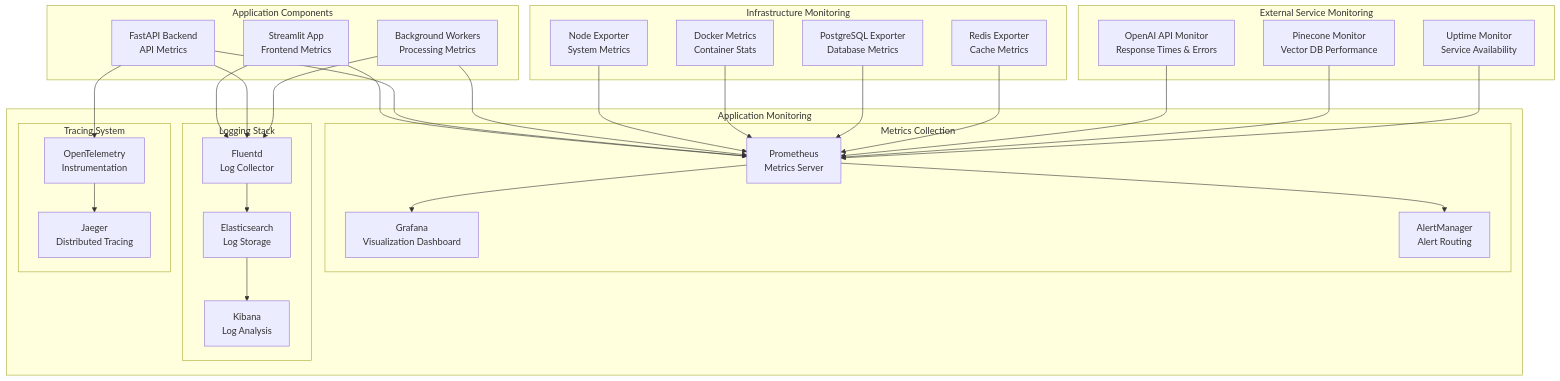
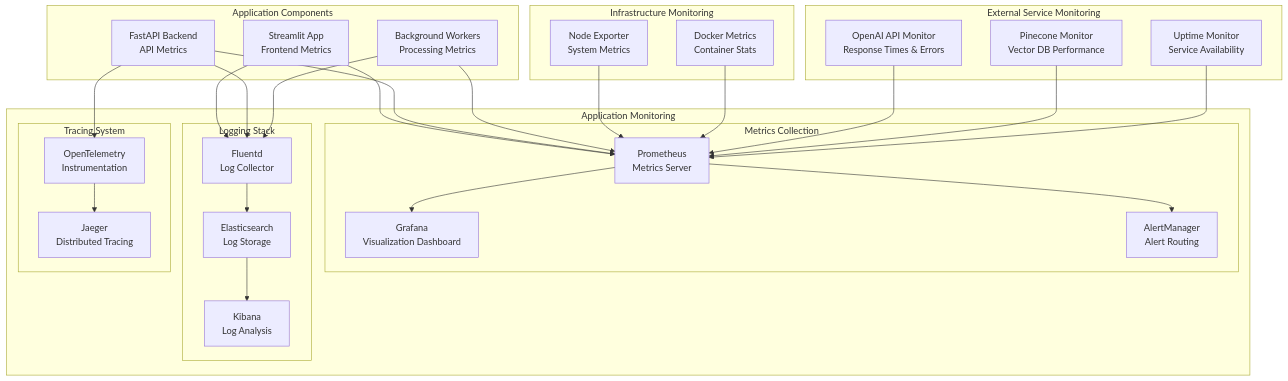
Before and after one commit to LePhuongPhuong/F1-Hackathon-CopilotTeam: diagram 15 of 15 in vietnamese_legal_chatbot/docs/system-architecture.md, drawn with Mermaid. The commit also changed other lines of this file and 15 other files, not shown here.

````diff
--- a/vietnamese_legal_chatbot/docs/system-architecture.md
+++ b/vietnamese_legal_chatbot/docs/system-architecture.md
@@ -952,66 +696,62 @@
 ```mermaid
 graph TB
     subgraph "Application Monitoring"
         subgraph "Metrics Collection"
             PROMETHEUS[Prometheus<br/>Metrics Server]
             GRAFANA[Grafana<br/>Visualization Dashboard]
             ALERT_MGR[AlertManager<br/>Alert Routing]
         end
         
         subgraph "Logging Stack"
             FLUENTD[Fluentd<br/>Log Collector]
             ELASTICSEARCH[Elasticsearch<br/>Log Storage]
             KIBANA[Kibana<br/>Log Analysis]
         end
         
         subgraph "Tracing System"
             JAEGER[Jaeger<br/>Distributed Tracing]
             OPENTEL[OpenTelemetry<br/>Instrumentation]
         end
     end
     
     subgraph "Application Components"
         STREAMLIT[Streamlit App<br/>Frontend Metrics]
         FASTAPI[FastAPI Backend<br/>API Metrics]
         WORKERS[Background Workers<br/>Processing Metrics]
     end
     
     subgraph "Infrastructure Monitoring"
         NODE_EXPORTER[Node Exporter<br/>System Metrics]
         DOCKER_METRICS[Docker Metrics<br/>Container Stats]
-        POSTGRES_EXPORTER[PostgreSQL Exporter<br/>Database Metrics]
-        REDIS_EXPORTER[Redis Exporter<br/>Cache Metrics]
     end
     
     subgraph "External Service Monitoring"
         OPENAI_MONITOR[OpenAI API Monitor<br/>Response Times & Errors]
         PINECONE_MONITOR[Pinecone Monitor<br/>Vector DB Performance]
         UPTIME_MONITOR[Uptime Monitor<br/>Service Availability]
     end
     
     STREAMLIT --> PROMETHEUS
     FASTAPI --> PROMETHEUS
     WORKERS --> PROMETHEUS
     
     STREAMLIT --> FLUENTD
     FASTAPI --> FLUENTD
     WORKERS --> FLUENTD
     
     FASTAPI --> OPENTEL
     OPENTEL --> JAEGER
     
     NODE_EXPORTER --> PROMETHEUS
     DOCKER_METRICS --> PROMETHEUS
-    POSTGRES_EXPORTER --> PROMETHEUS
-    REDIS_EXPORTER --> PROMETHEUS
     
     PROMETHEUS --> GRAFANA
     PROMETHEUS --> ALERT_MGR
     
     FLUENTD --> ELASTICSEARCH
     ELASTICSEARCH --> KIBANA
     
     OPENAI_MONITOR --> PROMETHEUS
     PINECONE_MONITOR --> PROMETHEUS
     UPTIME_MONITOR --> PROMETHEUS
 ```
````
